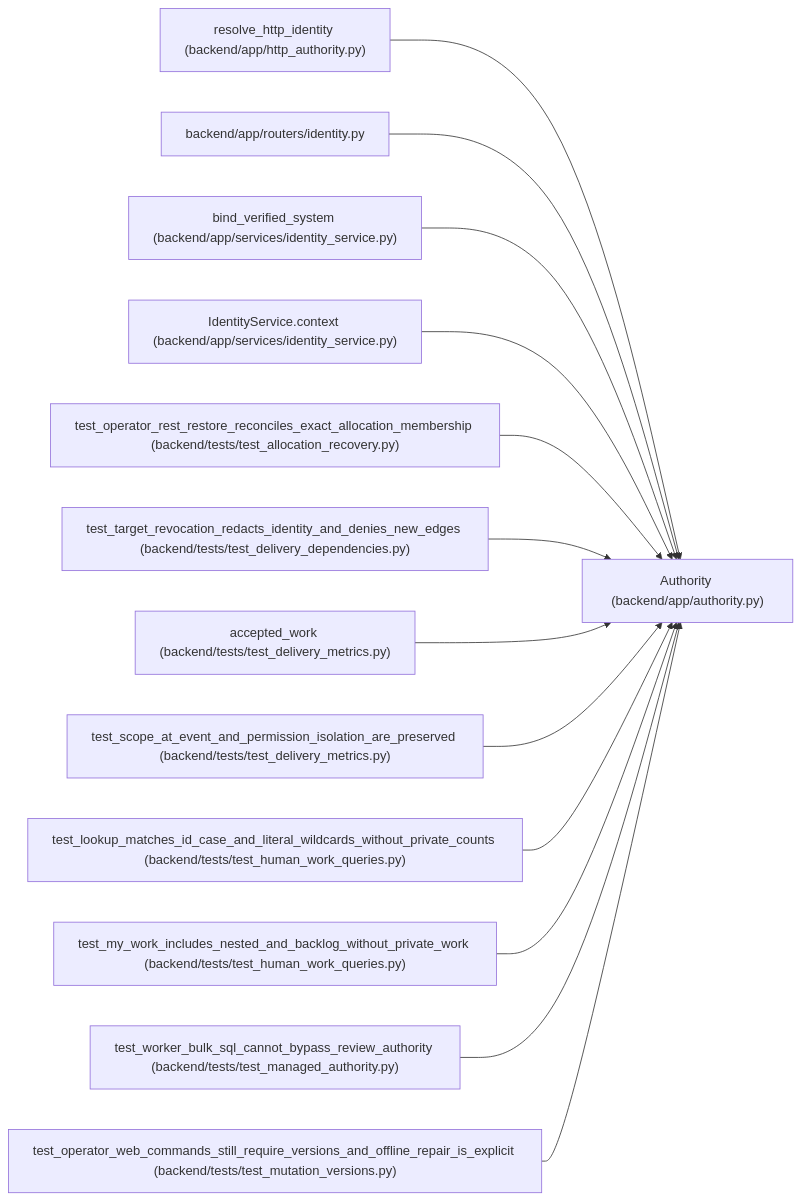
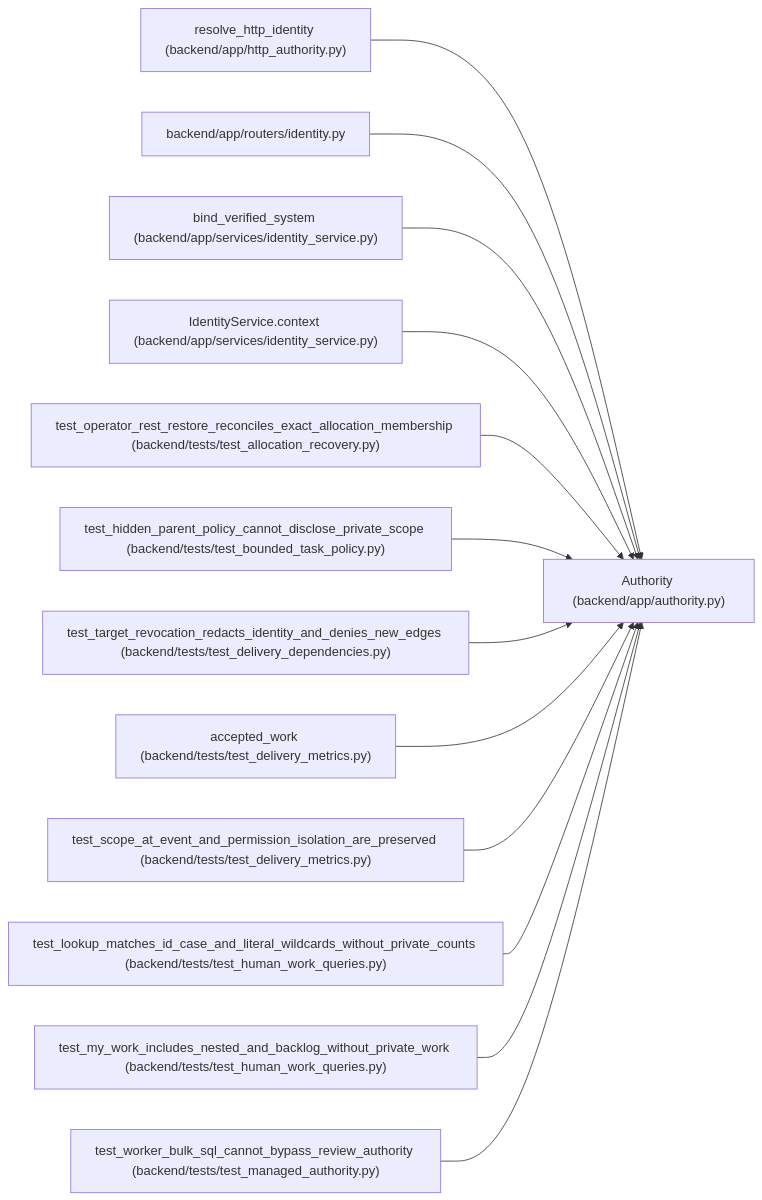
One commit to Denissvgn/WorkChord changed the diagram in docs/llm_wiki/entities/Authority.md. Above: the diagram before and after it, drawn with Mermaid. The commit also changed other lines of this file and 405 other files, not shown here.

Commit message:
docs(wiki): describe coherent editor and bounded policy reads

````diff
--- a/docs/llm_wiki/entities/Authority.md
+++ b/docs/llm_wiki/entities/Authority.md
@@ -45,41 +45,41 @@
 ```mermaid
 flowchart LR
     n0["Authority (backend/app/authority.py)"]
     n1["resolve_http_identity (backend/app/http_authority.py)"]
     n2["backend/app/routers/identity.py"]
     n3["bind_verified_system (backend/app/services/identity_service.py)"]
     n4["IdentityService.context (backend/app/services/identity_service.py)"]
     n5["test_operator_rest_restore_reconciles_exact_allocation_membership (backend/tests/test_allocation_recovery.py)"]
-    n6["test_target_revocation_redacts_identity_and_denies_new_edges (backend/tests/test_delivery_dependencies.py)"]
-    n7["accepted_work (backend/tests/test_delivery_metrics.py)"]
-    n8["test_scope_at_event_and_permission_isolation_are_preserved (backend/tests/test_delivery_metrics.py)"]
-    n9["test_lookup_matches_id_case_and_literal_wildcards_without_private_counts (backend/tests/test_human_work_queries.py)"]
-    n10["test_my_work_includes_nested_and_backlog_without_private_work (backend/tests/test_human_work_queries.py)"]
-    n11["test_worker_bulk_sql_cannot_bypass_review_authority (backend/tests/test_managed_authority.py)"]
-    n12["test_operator_web_commands_still_require_versions_and_offline_repair_is_explicit (backend/tests/test_mutation_versions.py)"]
+    n6["test_hidden_parent_policy_cannot_disclose_private_scope (backend/tests/test_bounded_task_policy.py)"]
+    n7["test_target_revocation_redacts_identity_and_denies_new_edges (backend/tests/test_delivery_dependencies.py)"]
+    n8["accepted_work (backend/tests/test_delivery_metrics.py)"]
+    n9["test_scope_at_event_and_permission_isolation_are_preserved (backend/tests/test_delivery_metrics.py)"]
+    n10["test_lookup_matches_id_case_and_literal_wildcards_without_private_counts (backend/tests/test_human_work_queries.py)"]
+    n11["test_my_work_includes_nested_and_backlog_without_private_work (backend/tests/test_human_work_queries.py)"]
+    n12["test_worker_bulk_sql_cannot_bypass_review_authority (backend/tests/test_managed_authority.py)"]
     n1 --> n0
     n2 --> n0
     n3 --> n0
     n4 --> n0
     n5 --> n0
     n6 --> n0
     n7 --> n0
     n8 --> n0
     n9 --> n0
     n10 --> n0
     n11 --> n0
     n12 --> n0
     click n0 "../modules/authority.md"
     click n1 "../modules/http_authority.md"
     click n2 "../modules/routers_identity.md"
     click n3 "../modules/identity_service.md"
     click n4 "../modules/identity_service.md"
     click n5 "../modules/test_allocation_recovery.md"
-    click n6 "../modules/test_delivery_dependencies.md"
-    click n7 "../modules/test_delivery_metrics.md"
+    click n6 "../modules/test_bounded_task_policy.md"
+    click n7 "../modules/test_delivery_dependencies.md"
     click n8 "../modules/test_delivery_metrics.md"
-    click n9 "../modules/test_human_work_queries.md"
+    click n9 "../modules/test_delivery_metrics.md"
     click n10 "../modules/test_human_work_queries.md"
-    click n11 "../modules/test_managed_authority.md"
-    click n12 "../modules/test_mutation_versions.md"
+    click n11 "../modules/test_human_work_queries.md"
+    click n12 "../modules/test_managed_authority.md"
 ```
````
